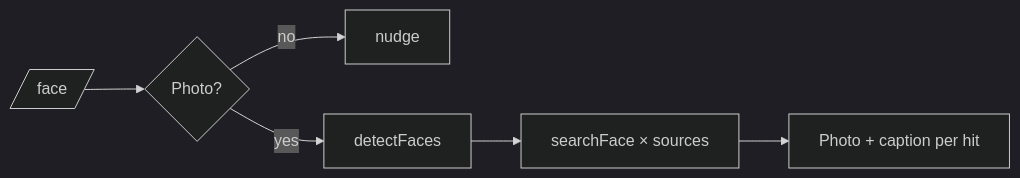
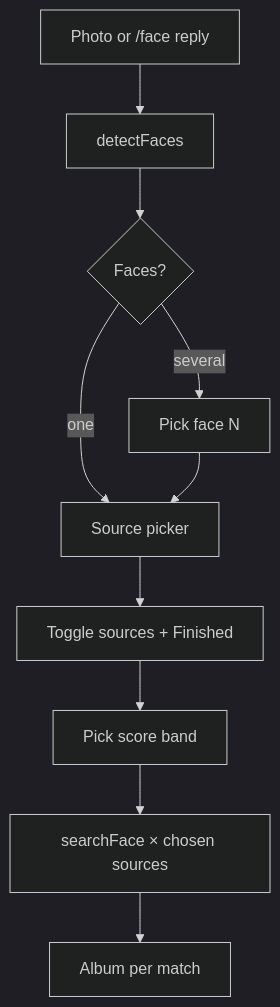
The diagram in README.md (AlexRabbit/Search4Faces_Telegram), drawn with Mermaid (dark theme) before and after one commit. The commit also changed other lines of this file, not shown here.

````diff
--- a/README.md
+++ b/README.md
@@ -9,8 +20,12 @@
 ```mermaid
-flowchart LR
-  A[/face/] --> B{Photo?}
-  B -->|no| C[nudge]
-  B -->|yes| D[detectFaces]
-  D --> E[searchFace × sources]
-  E --> F[Photo + caption per hit]
+flowchart TD
+  A[Photo or /face reply] --> B[detectFaces]
+  B --> C{Faces?}
+  C -->|several| D[Pick face N]
+  C -->|one| E[Source picker]
+  D --> E
+  E --> F[Toggle sources + Finished]
+  F --> G[Pick score band]
+  G --> H[searchFace × chosen sources]
+  H --> I[Album per match]
 ```
````
